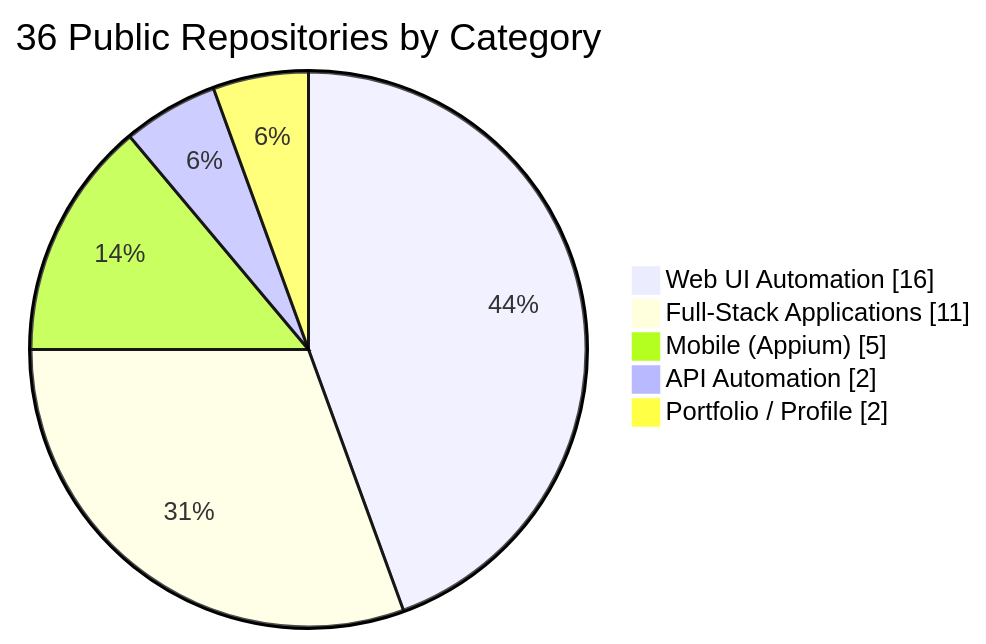
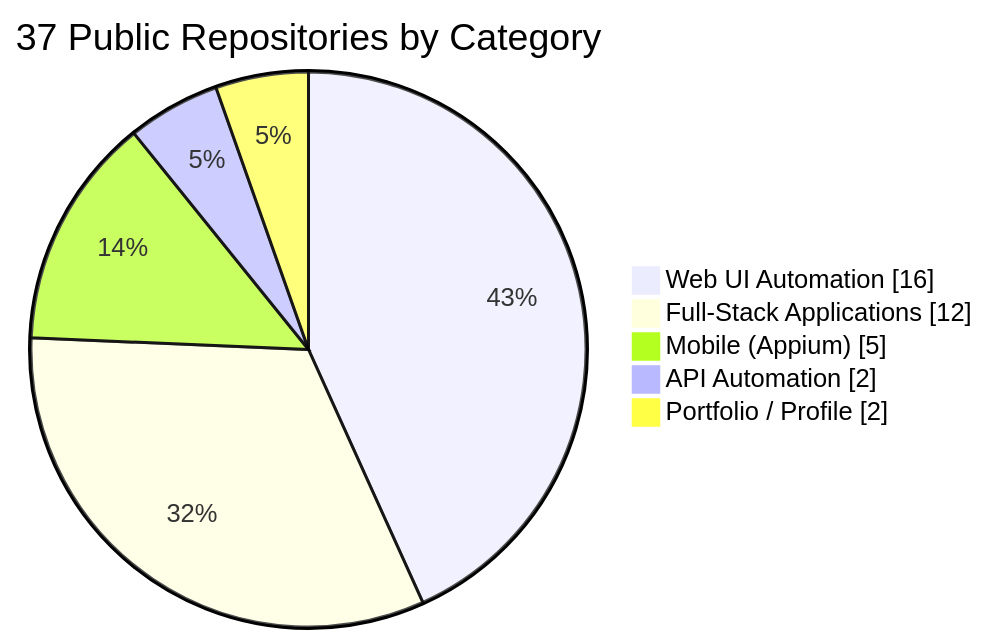
One commit to rbchy/rbchy changed the fourth of 5 diagrams in README.md. Above: the diagram before and after it, drawn with Mermaid. The commit also changed other lines of this file and 1 other file, not shown here.

````diff
--- a/README.md
+++ b/README.md
@@ -465,9 +500,9 @@
 ```mermaid
 pie showData
-    title 36 Public Repositories by Category
+    title 37 Public Repositories by Category
     "Web UI Automation" : 16
-    "Full-Stack Applications" : 11
+    "Full-Stack Applications" : 12
     "Mobile (Appium)" : 5
     "API Automation" : 2
     "Portfolio / Profile" : 2
 ```
````
